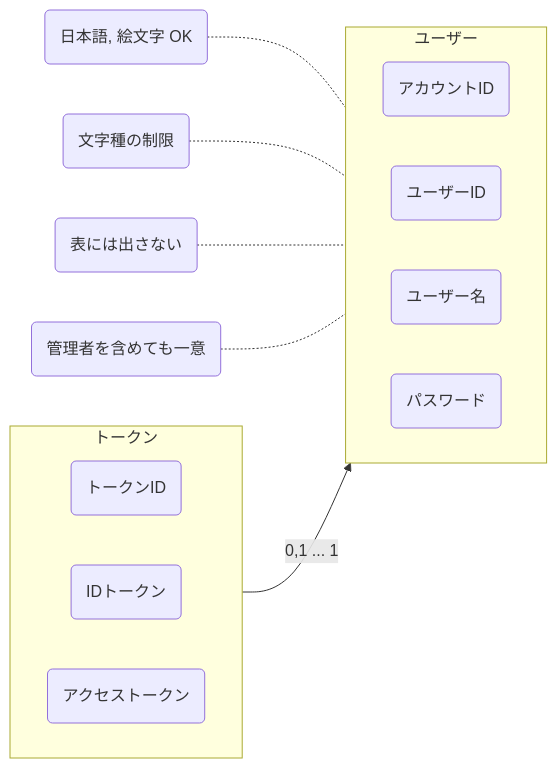
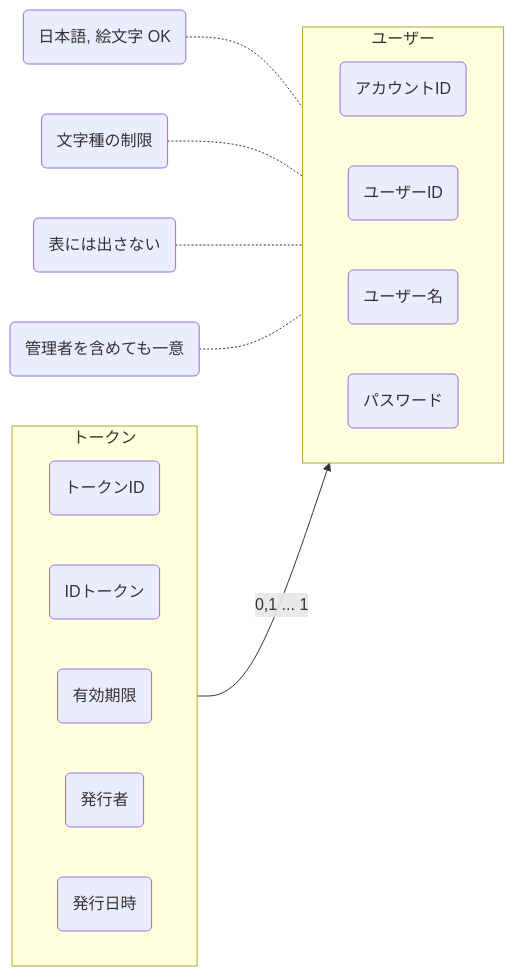
Before and after one commit to ozaki-physics/raison-me: the first of 2 diagrams in docs/info/authN.md, drawn with Mermaid. The commit also changed other lines of this file and 3 other files, not shown here.

````diff
--- a/docs/info/authN.md
+++ b/docs/info/authN.md
@@ -31,26 +22,28 @@
 ```mermaid
 flowchart LR
   subgraph user [ユーザー]
     direction LR
     accountID(アカウントID)
     userID(ユーザーID)
     userName(ユーザー名)
     password(パスワード)
   end
   subgraph token [トークン]
     direction LR
     tokenID(トークンID)
     IDToken(IDトークン)
-    accessToken(アクセストークン)
+    expiration(有効期限)
+    issuer(発行者)
+    iat(発行日時)
   end
 
 token -- 0,1 ... 1 --> user
 
 rule01("日本語, 絵文字 OK")
 rule01 -.- userName
 rule02("文字種の制限")
 rule02 -.- password
 rule03("表には出さない")
 rule04("管理者を含めても一意")
 rule03 & rule04 -.- accountID
 ```
````
